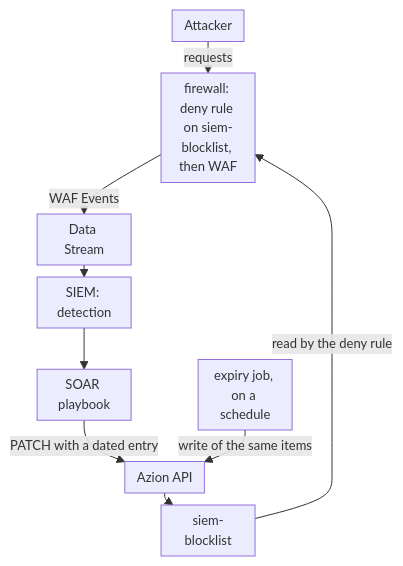
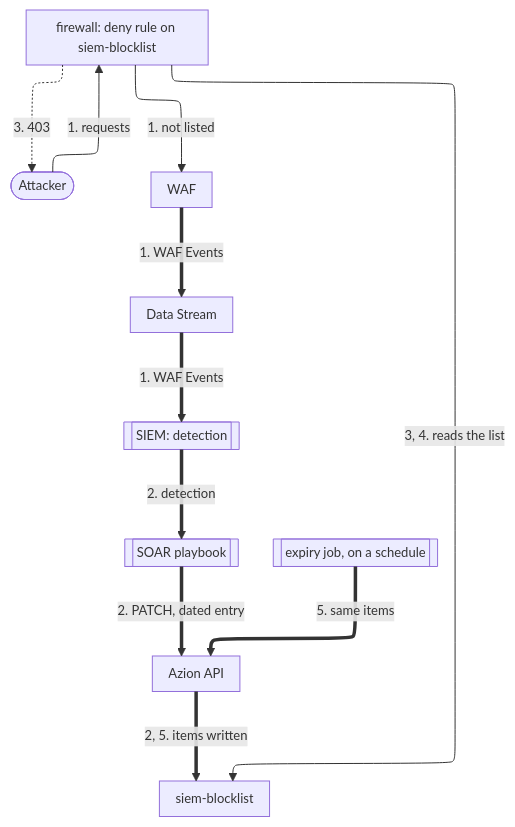
Before and after one commit to aziontech/docs: the diagram in apps/docs/src/content/docs/en/pages/architectures/security-automation/security-automation.mdx, drawn with Mermaid. The commit also changed other lines of this file and 179 other files, not shown here.

Commit message:
docs(diagrams): redraw every other diagram in the use-case diagram style (#2513)

````diff
--- a/apps/docs/src/content/docs/en/pages/architectures/security-automation/security-automation.mdx
+++ b/apps/docs/src/content/docs/en/pages/architectures/security-automation/security-automation.mdx
@@ -18,12 +20,23 @@
 ```mermaid
-%%{init: {"layout": "dagre", "themeVariables": {"fontSize": "13px"}, "flowchart": {"nodeSpacing": 12, "rankSpacing": 12, "padding": 6, "wrappingWidth": 70, "minNodeWidth": 40, "useMaxWidth": true}}}%%
+%%{init: {"layout": "elk", "elk": {"cycleBreakingStrategy": "MODEL_ORDER"}, "themeVariables": {"fontSize": "13px"}, "flowchart": {"nodeSpacing": 24, "rankSpacing": 36, "padding": 8, "wrappingWidth": 150, "useMaxWidth": true}, "sequence": {"width": 120, "actorMargin": 30, "useMaxWidth": true}}}%%
 flowchart TD
-  Attacker["Attacker"] -->|"requests"| FW["firewall: deny rule on siem-blocklist, then WAF"]
-  FW -->|"WAF Events"| DS["Data Stream"]
-  DS --> SIEM["SIEM: detection"]
-  SIEM --> SOAR["SOAR playbook"]
-  SOAR -->|"PATCH with a dated entry"| API["Azion API"]
-  API --> List["siem-blocklist"]
-  List -->|"read by the deny rule"| FW
-  Job["expiry job, on a schedule"] -->|"write of the same items"| API
+  Attacker(["Attacker"])
+  FW["firewall: deny rule on siem-blocklist"]
+  WAF["WAF"]
+  List["siem-blocklist"]
+  DS["Data Stream"]
+  SIEM[["SIEM: detection"]]
+  SOAR[["SOAR playbook"]]
+  API["Azion API"]
+  Job[["expiry job, on a schedule"]]
+  Attacker -->|"1. requests"| FW
+  FW -->|"3, 4. reads the list"| List
+  FW -->|"1. not listed"| WAF
+  FW -.->|"3. 403"| Attacker
+  WAF ==>|"1. WAF Events"| DS
+  DS ==>|"1. WAF Events"| SIEM
+  SIEM ==>|"2. detection"| SOAR
+  SOAR ==>|"2. PATCH, dated entry"| API
+  Job ==>|"5. same items"| API
+  API ==>|"2, 5. items written"| List
 ```
````
